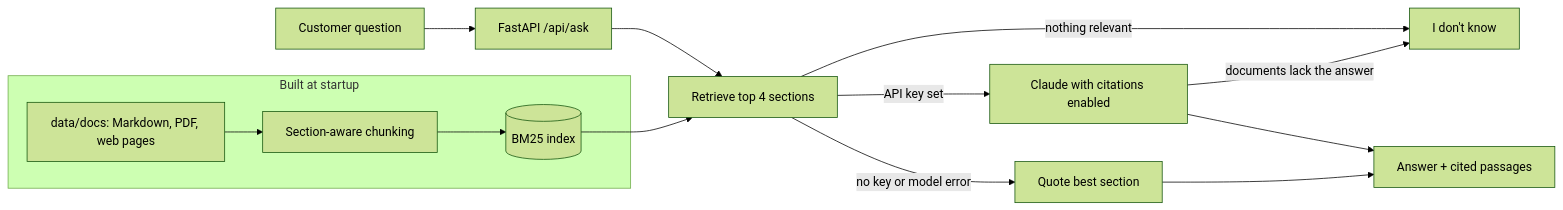
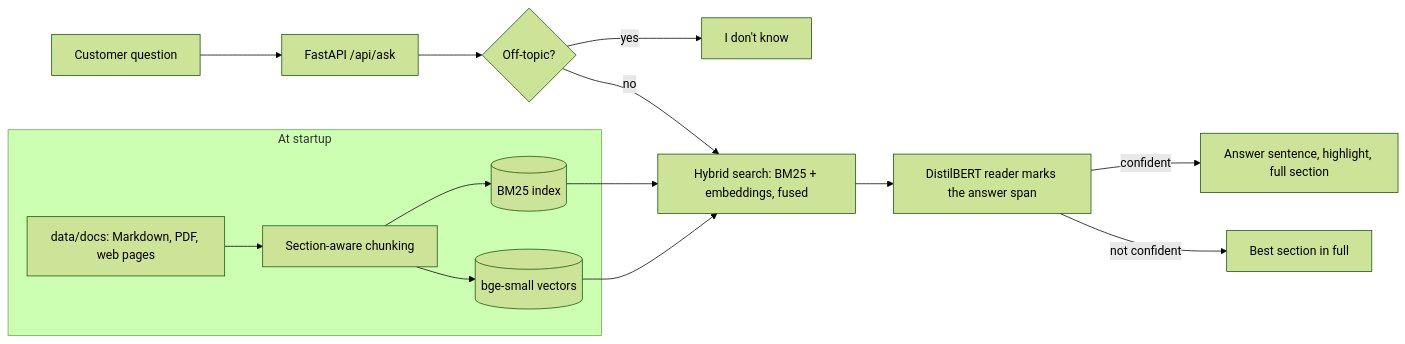
The diagram in README.md (momosto/telco-rag-assistant), drawn with Mermaid (forest theme) before and after one commit. The commit also changed other lines of this file, not shown here.

Commit message:
Rewrite README for the self-contained local-model design

````diff
--- a/README.md
+++ b/README.md
@@ -39,16 +43,17 @@
 ```mermaid
 flowchart LR
     Q[Customer question] --> API[FastAPI /api/ask]
-    subgraph Index["Built at startup"]
+    subgraph Startup["At startup"]
         D[data/docs: Markdown, PDF, web pages] --> C[Section-aware chunking]
         C --> B[(BM25 index)]
+        C --> E[(bge-small vectors)]
     end
-    API --> R[Retrieve top 4 sections]
-    B --> R
-    R -->|nothing relevant| IDK["I don't know"]
-    R -->|API key set| L[Claude with citations enabled]
-    R -->|no key or model error| X[Quote best section]
-    L --> A[Answer + cited passages]
-    X --> A
-    L -->|documents lack the answer| IDK
+    API --> OT{Off-topic?}
+    OT -->|yes| IDK["I don't know"]
+    OT -->|no| H[Hybrid search: BM25 + embeddings, fused]
+    B --> H
+    E --> H
+    H --> R[DistilBERT reader marks the answer span]
+    R -->|confident| A[Answer sentence, highlight, full section]
+    R -->|not confident| S[Best section in full]
 ```
````
